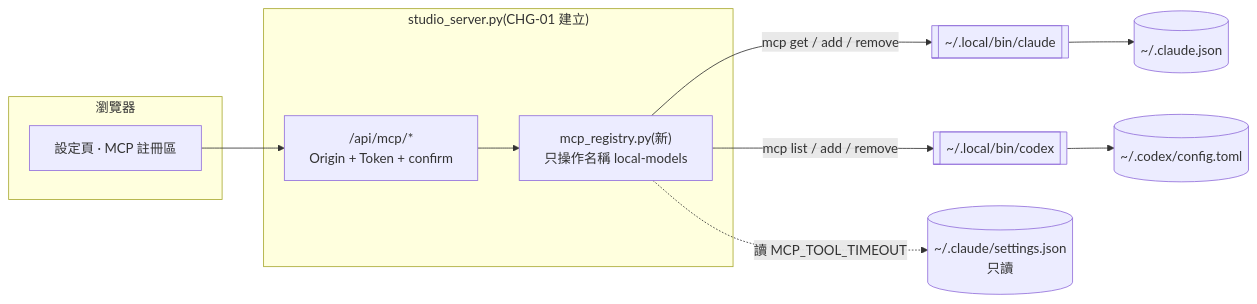
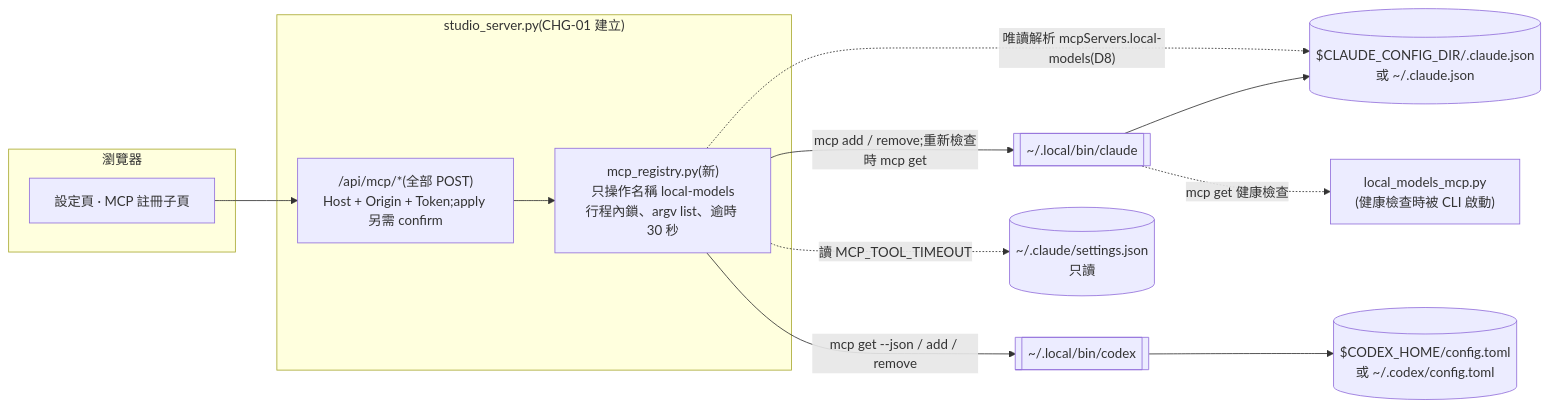
One commit to kamira/podcast-studio changed the first of 3 diagrams in docs/changes/CHG-20261022-02.md. Above: the diagram before and after it, drawn with Mermaid. The commit also changed other lines of this file, not shown here.

````diff
--- a/docs/changes/CHG-20261022-02.md
+++ b/docs/changes/CHG-20261022-02.md
@@ -49,19 +66,22 @@
 ```mermaid
 flowchart LR
   subgraph 瀏覽器
-    SET["設定頁 · MCP 註冊區"]
+    SET["設定頁 · MCP 註冊子頁"]
   end
   subgraph studio_server["studio_server.py(CHG-01 建立)"]
-    API["/api/mcp/*<br/>Origin + Token + confirm"]
-    MGR["mcp_registry.py(新)<br/>只操作名稱 local-models"]
+    API["/api/mcp/*(全部 POST)<br/>Host + Origin + Token;apply 另需 confirm"]
+    MGR["mcp_registry.py(新)<br/>只操作名稱 local-models<br/>行程內鎖、argv list、逾時 30 秒"]
   end
   CC[["~/.local/bin/claude"]]
   CX[["~/.local/bin/codex"]]
-  F1[("~/.claude.json")]
-  F2[("~/.codex/config.toml")]
+  F1[("$CLAUDE_CONFIG_DIR/.claude.json<br/>或 ~/.claude.json")]
+  F2[("$CODEX_HOME/config.toml<br/>或 ~/.codex/config.toml")]
   F3[("~/.claude/settings.json<br/>只讀")]
+  MCP["local_models_mcp.py<br/>(健康檢查時被 CLI 啟動)"]
   SET --> API --> MGR
-  MGR -- "mcp get / add / remove" --> CC --> F1
-  MGR -- "mcp list / add / remove" --> CX --> F2
+  MGR -. "唯讀解析 mcpServers.local-models(D8)" .-> F1
+  MGR -- "mcp add / remove;重新檢查時 mcp get" --> CC --> F1
+  CC -. "mcp get 健康檢查" .-> MCP
+  MGR -- "mcp get --json / add / remove" --> CX --> F2
   MGR -. 讀 MCP_TOOL_TIMEOUT .-> F3
 ```
````
